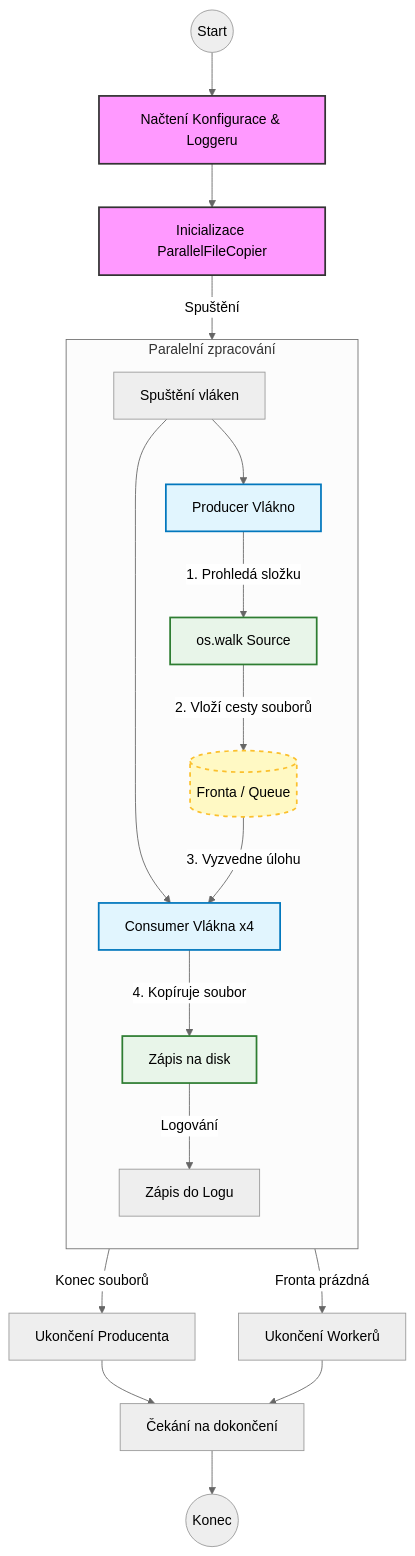
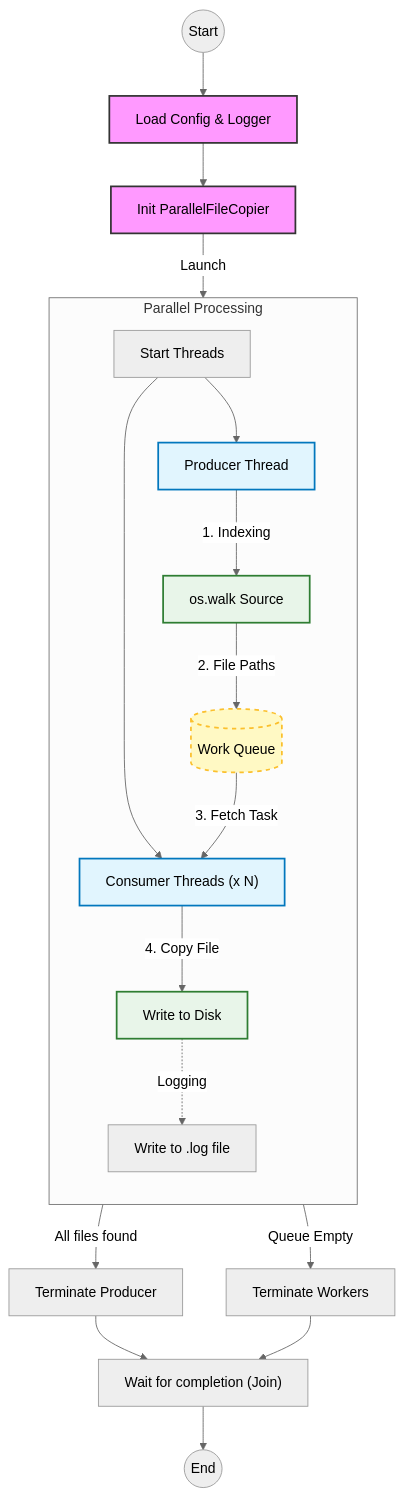
The diagram in README.md (LittleLoading/ParaellCopyFiles), drawn with Mermaid (neutral theme) before and after one commit.

Commit message:
final Update README.md

````diff
--- a/README.md
+++ b/README.md
@@ -26,39 +26,41 @@
 ```mermaid
 graph TD
-    %% Styly
+    %% Node Styles
     classDef config fill:#f9f,stroke:#333,stroke-width:2px;
     classDef threads fill:#e1f5fe,stroke:#0277bd,stroke-width:2px;
     classDef queue fill:#fff9c4,stroke:#fbc02d,stroke-width:2px,stroke-dasharray: 5 5;
     classDef action fill:#e8f5e9,stroke:#2e7d32,stroke-width:2px;
 
-    Start((Start)) --> Load[Načtení Konfigurace & Loggeru]
-    Load --> Init[Inicializace ParallelFileCopier]
-    Init -->|Spuštění| Threads[Spuštění vláken]
+    Start((Start)) --> Load[Load Config & Logger]
+    Load --> Init[Init ParallelFileCopier]
+    Init -->|Launch| Threads[Start Threads]
 
-    subgraph "Paralelní zpracování"
+    subgraph "Parallel Processing"
         direction TB
         
-        Threads --> Producer[Producer Vlákno]
-        Threads --> Consumers[Consumer Vlákna x4]
+        Threads --> Producer[Producer Thread]
+        Threads --> Consumers["Consumer Threads (x N)"]
         
-        Producer -->|1. Prohledá složku| Walk[os.walk Source]
-        Walk -->|2. Vloží cesty souborů| Q[(Fronta / Queue)]
+        Producer -->|1. Indexing| Walk[os.walk Source]
+        Walk -->|2. File Paths| Q[(Work Queue)]
         
-        Q -->|3. Vyzvedne úlohu| Consumers
-        Consumers -->|4. Kopíruje soubor| Copy[Zápis na disk]
+        Q -->|3. Fetch Task| Consumers
+        Consumers -->|4. Copy File| Copy[Write to Disk]
         
-        Copy -->|Logování| Logger[Zápis do Logu]
+        Copy -.->|Logging| Logger[Write to .log file]
     end
 
-    Producer -->|Konec souborů| FinishP[Ukončení Producenta]
-    Consumers -->|Fronta prázdná| FinishC[Ukončení Workerů]
+    Producer -->|All files found| FinishP[Terminate Producer]
+    Consumers -->|Queue Empty| FinishC[Terminate Workers]
     
-    FinishP --> Join[Čekání na dokončení]
+    %% Fixed the line below by adding quotes around the text
+    FinishP --> Join["Wait for completion (Join)"]
     FinishC --> Join
-    Join --> End((Konec))
+    Join --> End((End))
 
+    %% Apply Styles
     class Load,Init config;
     class Producer,Consumers threads;
     class Q queue;
     class Walk,Copy action;
 ```
````
